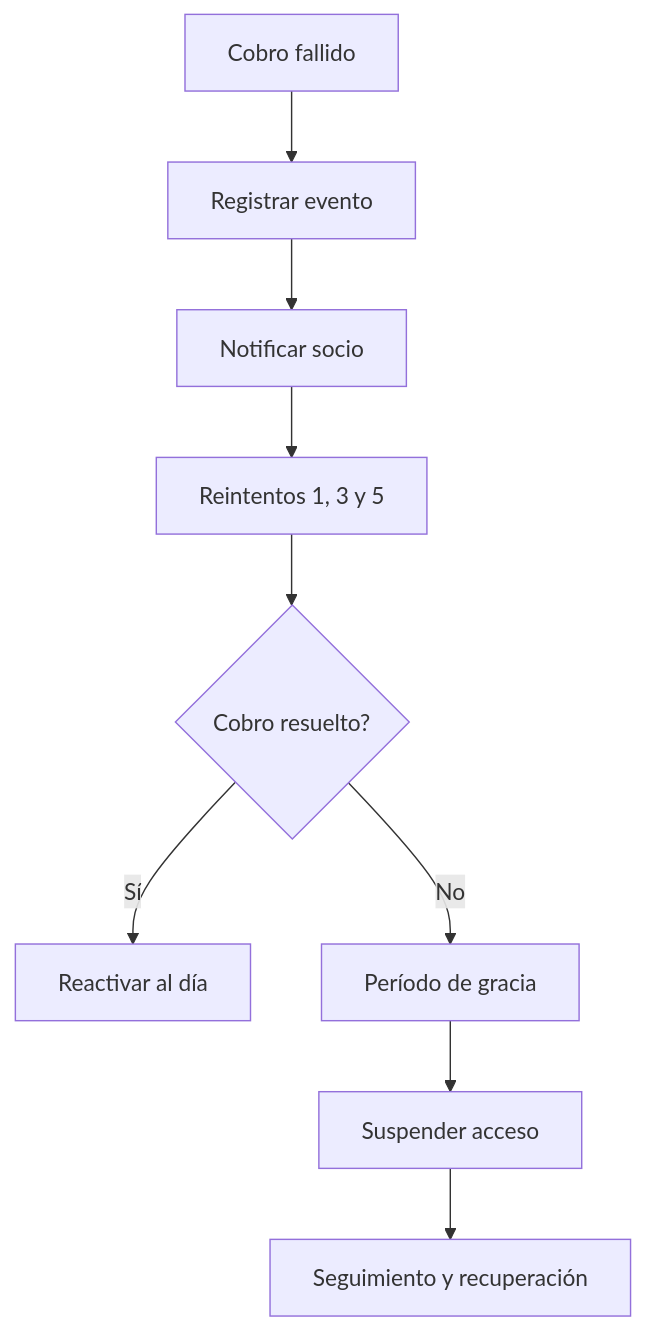
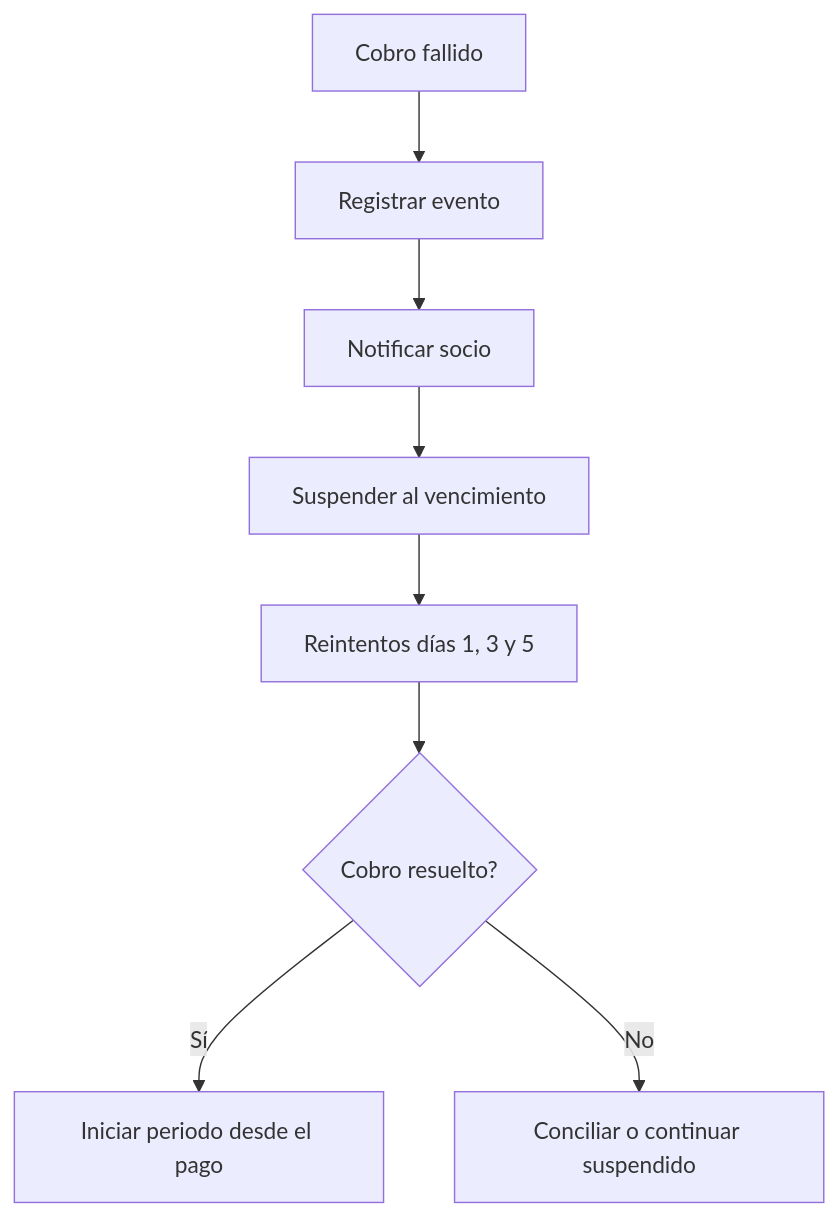
Before and after one commit to DanielCB096/gym: the diagram in docs/03-procesos/cobro-fallido-y-suspension.md, drawn with Mermaid. The commit also changed other lines of this file and 18 other files, not shown here.

````diff
--- a/docs/03-procesos/cobro-fallido-y-suspension.md
+++ b/docs/03-procesos/cobro-fallido-y-suspension.md
@@ -7,11 +7,10 @@
 ```mermaid
 flowchart TD
 A[Cobro fallido] --> B[Registrar evento]
 B --> C[Notificar socio]
-C --> D[Reintentos 1, 3 y 5]
-D --> E{Cobro resuelto?}
-E -- Sí --> F[Reactivar al día]
-E -- No --> G[Período de gracia]
-G --> H[Suspender acceso]
-H --> I[Seguimiento y recuperación]
+C --> D[Suspender al vencimiento]
+D --> E[Reintentos días 1, 3 y 5]
+E --> F{Cobro resuelto?}
+F -- Sí --> G[Iniciar periodo desde el pago]
+F -- No --> H[Conciliar o continuar suspendido]
 ```
````
